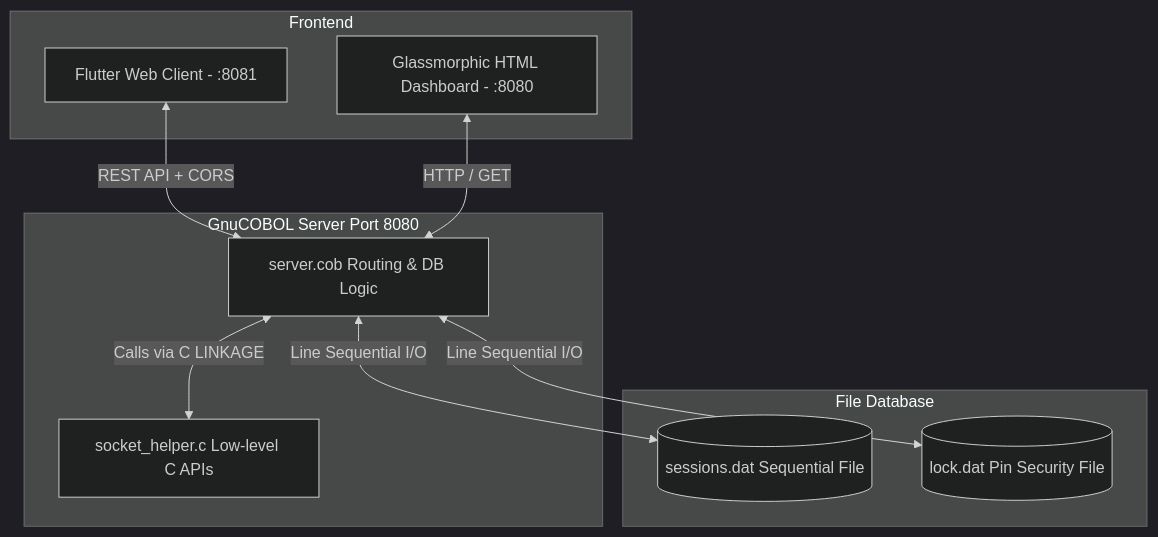
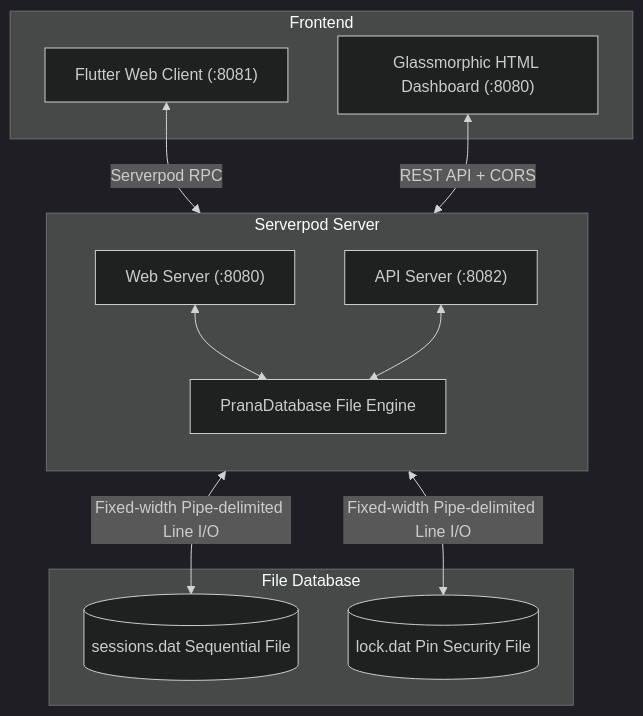
The diagram in README.md (gdgnuernberg/pranacobol), drawn with Mermaid (dark theme) before and after one commit. The commit also changed other lines of this file and 71 other files, not shown here.

````diff
--- a/README.md
+++ b/README.md
@@ -9,29 +11,32 @@
 ```mermaid
 graph TD
     %% Clients
     subgraph Frontend
-        FW[Flutter Web Client - :8081]
-        FD[Glassmorphic HTML Dashboard - :8080]
+        FW["Flutter Web Client (:8081)"]
+        FD["Glassmorphic HTML Dashboard (:8080)"]
     end
 
-    %% COBOL Backend
-    subgraph GnuCOBOL Server Port 8080
-        COB[server.cob Routing & DB Logic]
-        C[socket_helper.c Low-level C APIs]
-        COB <-->|Calls via C LINKAGE| C
+    %% Serverpod Backend
+    subgraph Serverpod Server
+        direction TB
+        Web["Web Server (:8080)"]
+        API["API Server (:8082)"]
+        DB["PranaDatabase File Engine"]
+        Web <--> DB
+        API <--> DB
     end
 
     %% Database Files
     subgraph File Database
         DB1[(sessions.dat Sequential File)]
         DB2[(lock.dat Pin Security File)]
     end
 
     %% Networking
-    FW <-->|REST API + CORS| COB
-    FD <-->|HTTP / GET| COB
+    FW <-->|Serverpod RPC| API
+    FD <-->|REST API + CORS| Web
     
     %% File Access
-    COB <-->|Line Sequential I/O| DB1
-    COB <-->|Line Sequential I/O| DB2
+    DB <-->|Fixed-width Pipe-delimited Line I/O| DB1
+    DB <-->|Fixed-width Pipe-delimited Line I/O| DB2
 ```
````
